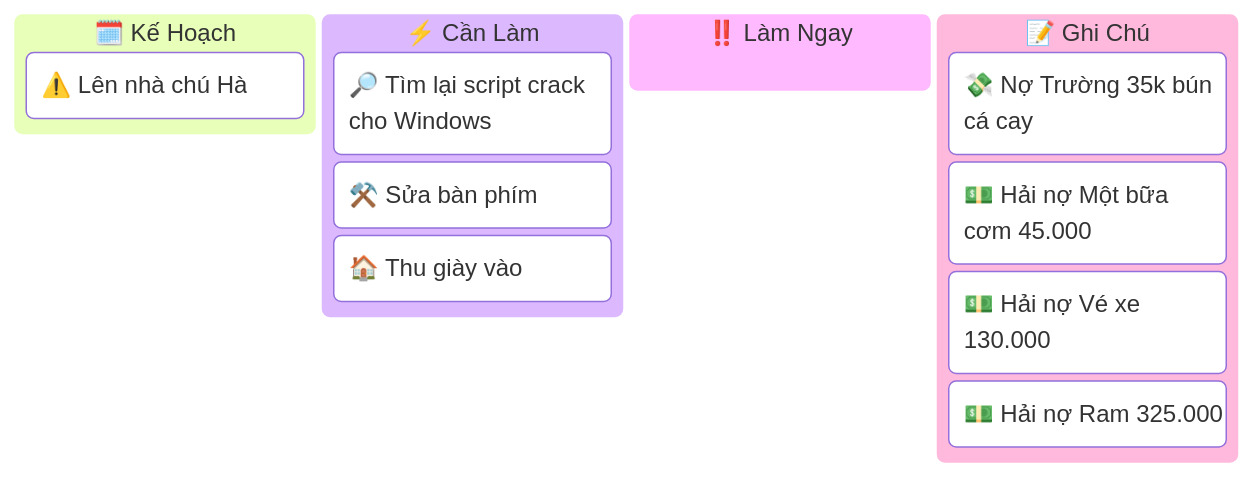
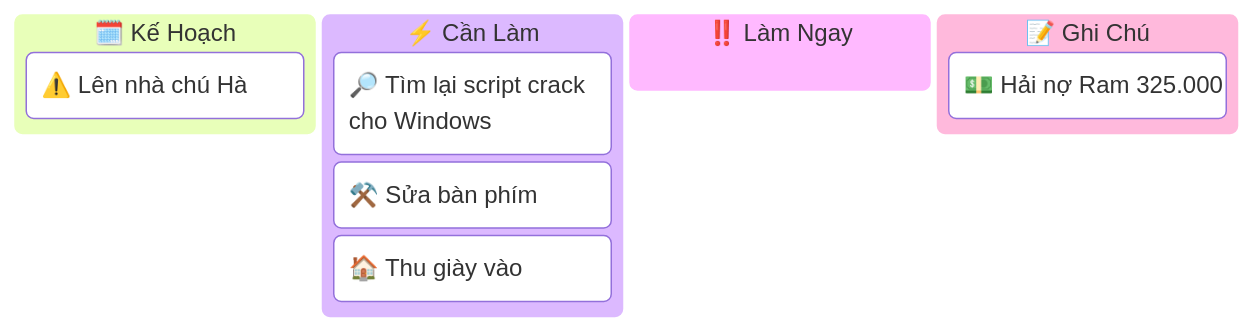
One commit to dothanhdathp/taddiary changed the diagram in docs/index.md. Above: the diagram before and after it, drawn with Mermaid. The commit also changed 3 other files, not shown here.

````diff
--- a/docs/index.md
+++ b/docs/index.md
@@ -3,15 +3,12 @@
 ```mermaid
 kanban
 Plan[🗓️ Kế Hoạch]
     [⚠️ Lên nhà chú Hà]
 ToDo[⚡ Cần Làm]
     [🔎 Tìm lại script crack cho Windows]
     [⚒️ Sửa bàn phím]
     [🏠 Thu giày vào]
 Must[‼️ Làm Ngay]
 Note[📝 Ghi Chú]
-    [💸 Nợ Trường 35k bún cá cay]
-    [💵 Hải nợ Một bữa cơm 45.000]
-    [💵 Hải nợ Vé xe 130.000]
     [💵 Hải nợ Ram 325.000]
 ```
````
